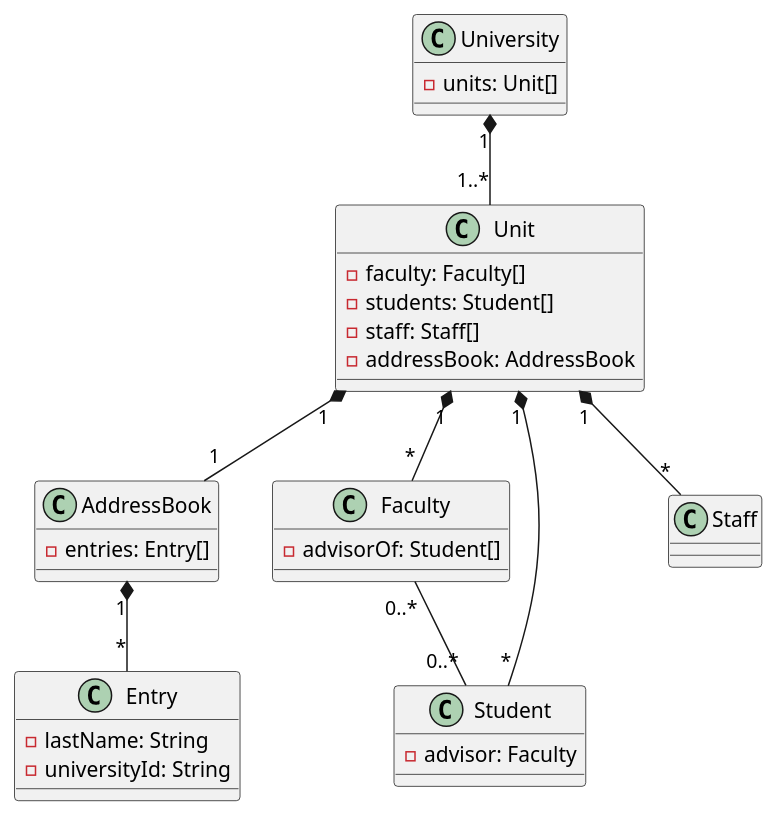
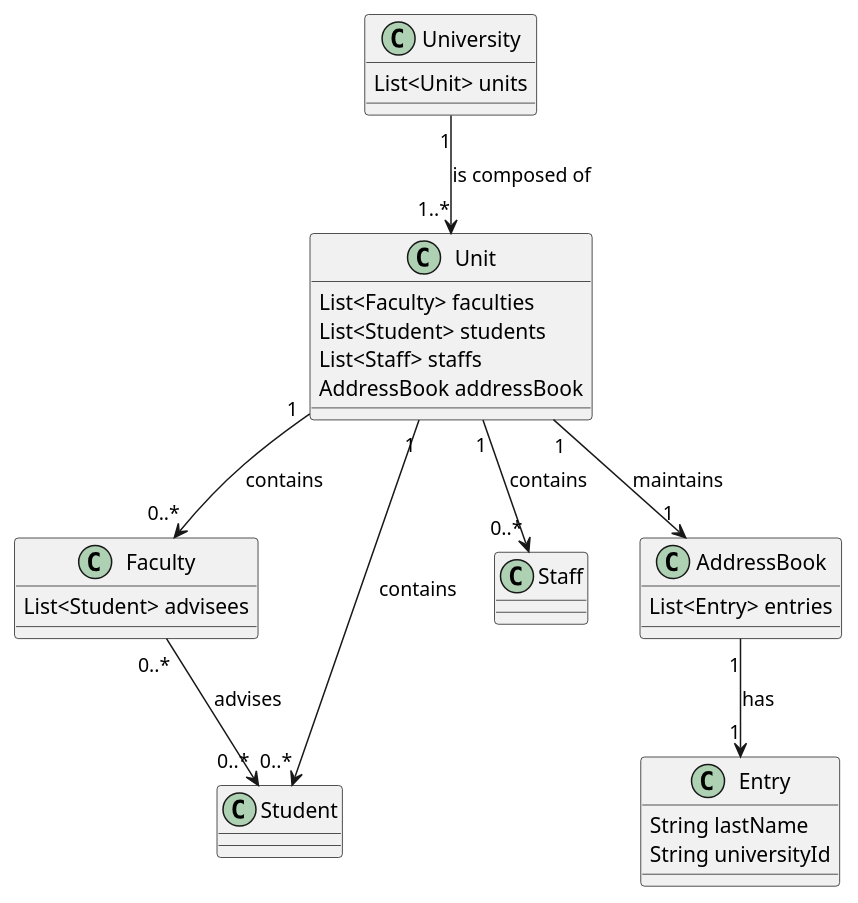
The diagram in hw2/1c.puml (wannaflyhigh/Object-Oriented-Programming), drawn with PlantUML before and after one commit.

```diff
--- a/hw2/1c.puml
+++ b/hw2/1c.puml
@@ -1,40 +1,39 @@
 @startuml
+
 class University {
-    - units: Unit[]
+    List<Unit> units
 }
 
 class Unit {
-    - faculty: Faculty[]
-    - students: Student[]
-    - staff: Staff[]
-    - addressBook: AddressBook
+    List<Faculty> faculties
+    List<Student> students
+    List<Staff> staffs
+    AddressBook addressBook
 }
 
+class Faculty {
+    List<Student> advisees
+}
+
+class Student
+
+class Staff
+
 class AddressBook {
-    - entries: Entry[]
+    List<Entry> entries
 }
 
 class Entry {
-    - lastName: String
-    - universityId: String
+    String lastName
+    String universityId
 }
 
-class Faculty {
-    - advisorOf: Student[]
-}
+University "1" --> "1..*" Unit : is composed of
+Unit "1" --> "0..*" Faculty : contains
+Unit "1" --> "0..*" Student : contains
+Unit "1" --> "0..*" Staff : contains
+Unit "1" --> "1" AddressBook : maintains
+AddressBook "1" --> "1" Entry : has
+Faculty "0..*" --> "0..*" Student : advises
 
-class Student {
-    - advisor: Faculty
-}
-
-class Staff {
-}
-
-University "1" *-- "1..*" Unit
-Unit "1" *-- "*" Faculty
-Unit "1" *-- "*" Student
-Unit "1" *-- "*" Staff
-Unit "1" *-- "1" AddressBook
-AddressBook "1" *-- "*" Entry
-Faculty "0..*" -- "0..*" Student
 @enduml
```
